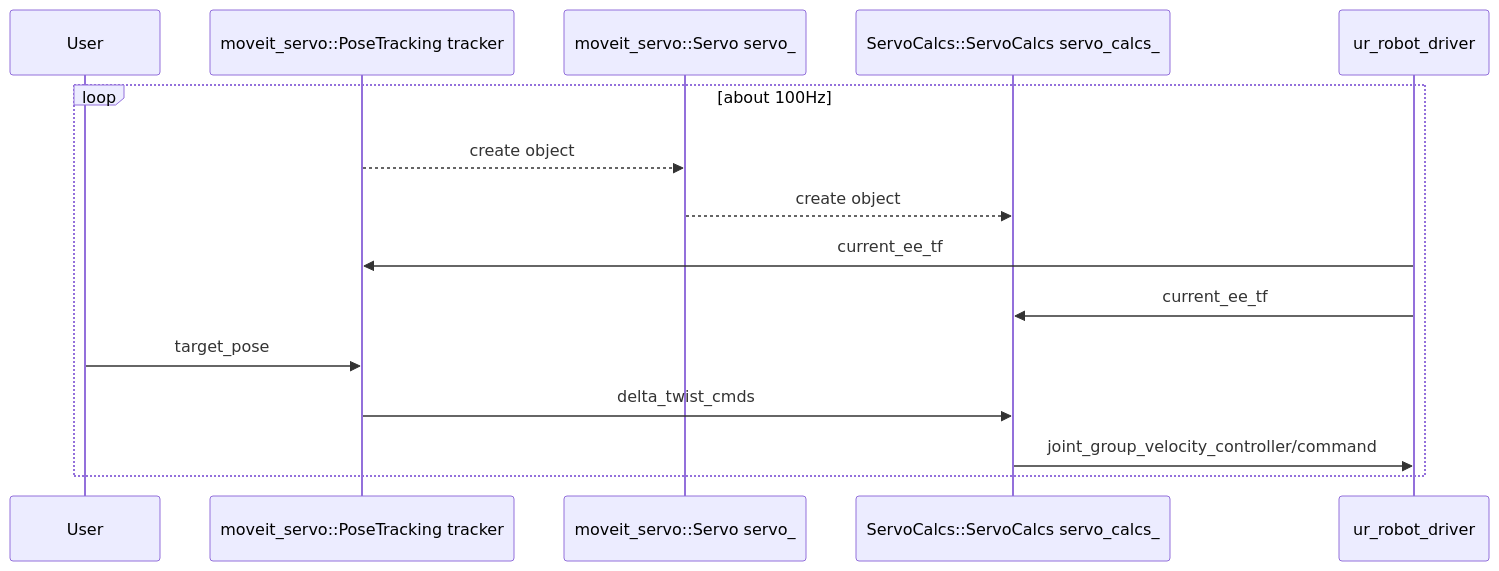
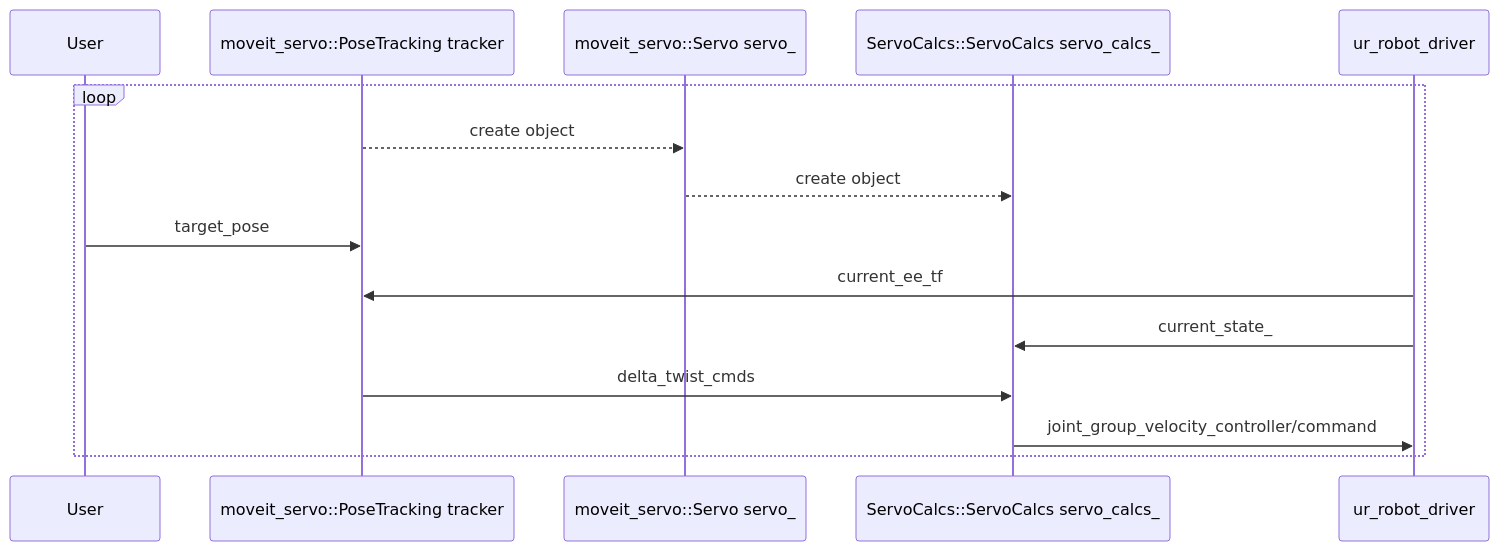
The diagram in docs/day3-4.md (kemjensak/isaac_sim_tutorial), drawn with Mermaid before and after one commit. The commit also changed other lines of this file, not shown here.

````diff
--- a/docs/day3-4.md
+++ b/docs/day3-4.md
@@ -121,18 +121,19 @@
 ```mermaid 
 sequenceDiagram 
 	 participant user as User
 	 participant A as moveit_servo::PoseTracking tracker
 	 participant B as moveit_servo::Servo servo_ 
 	 participant C as ServoCalcs::ServoCalcs servo_calcs_  
 	 participant D as ur_robot_driver 
-	 loop about 100Hz
+	 loop
+	 
 	 A-->>B:create object
 	 B-->>C:create object
+	 user->>A: target_pose 
 	 D->>A: current_ee_tf
-	 D->>C: current_ee_tf
-	 user->>A: target_pose
+	 D->>C: current_state_
 	 A->>C: delta_twist_cmds
 	 C->>D: joint_group_velocity_controller/command
 	 
 	 end
 ```
````
